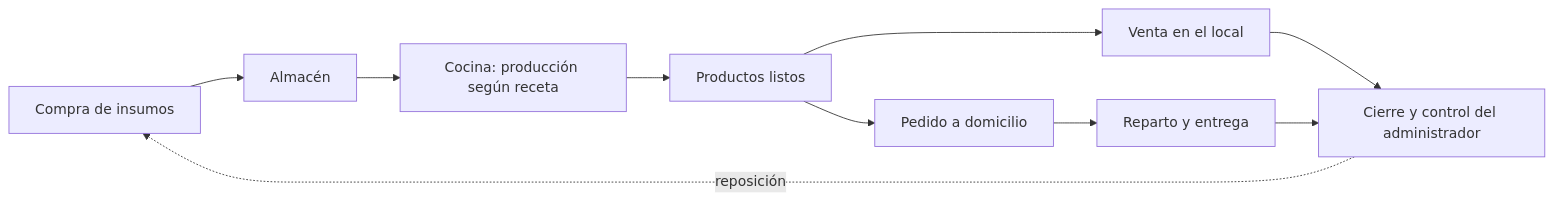
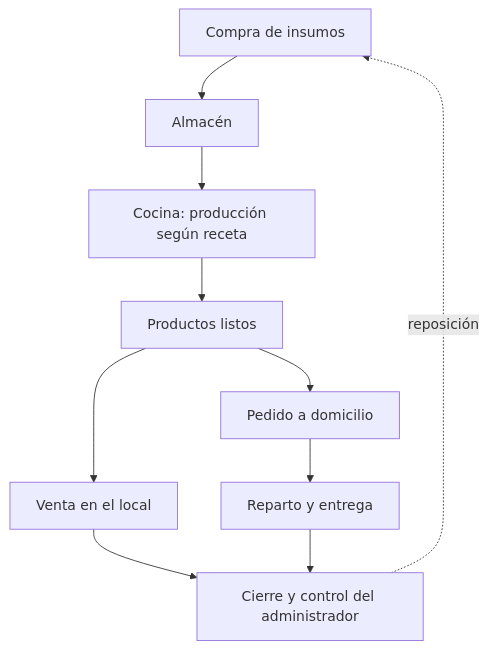
The first of 2 diagrams in docs/informe/capitulo-2-organizacion.md (nutriexpress2026-alt/nutriexpress-microservicios), drawn with Mermaid before and after one commit. The commit also changed other lines of this file and 6 other files, not shown here.

````diff
--- a/docs/informe/capitulo-2-organizacion.md
+++ b/docs/informe/capitulo-2-organizacion.md
@@ -68,12 +65,12 @@
 ```mermaid
-flowchart LR
+flowchart TD
     A[Compra de insumos] --> B[Almacén]
     B --> C[Cocina: producción según receta]
     C --> D[Productos listos]
     D --> E[Venta en el local]
     D --> F[Pedido a domicilio]
     F --> G[Reparto y entrega]
     E --> H[Cierre y control del administrador]
     G --> H
     H -.reposición.-> A
 ```
````
